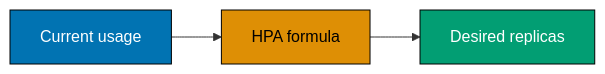
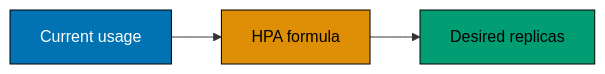
One commit to wahidyankf/ose-public changed the ninth of 10 diagrams in apps/ayokoding-www/content/en/learn/courses/containers-and-orchestration/learning/advanced.md. Above: the diagram before and after it, drawn with Mermaid. The commit also changed other lines of this file and 144 other files, not shown here.

First line of the commit message:
fix(mermaid): bring the first half of the courses diagrams onto the accessible palette

````diff
--- a/apps/ayokoding-www/content/en/learn/courses/containers-and-orchestration/learning/advanced.md
+++ b/apps/ayokoding-www/content/en/learn/courses/containers-and-orchestration/learning/advanced.md
@@ -468,10 +492,13 @@
 ```mermaid
 graph LR
+  accTitle: Example 64: HPA formula
+  accDescr: Graph with 3 nodes and 2 connections. Nodes: Current usage, HPA formula, Desired replicas. Connections: Current usage to HPA formula, HPA formula to Desired replicas.
   U[Current usage] --> F[HPA formula] --> D[Desired replicas]
-  classDef blue fill:#0173B2,stroke:#000,color:#fff
-  classDef teal fill:#029E73,stroke:#000,color:#fff
-  classDef orange fill:#DE8F05,stroke:#000,color:#000
+  classDef blue fill:#0173B2,stroke:#000000,color:#FFFFFF
+  classDef teal fill:#029E73,stroke:#000000,color:#000000
+  classDef orange fill:#DE8F05,stroke:#000000,color:#000000
   class U blue
   class F orange
   class D teal
+  classDef default fill:#FFFFFF,stroke:#000000,color:#000000
 ```
````
